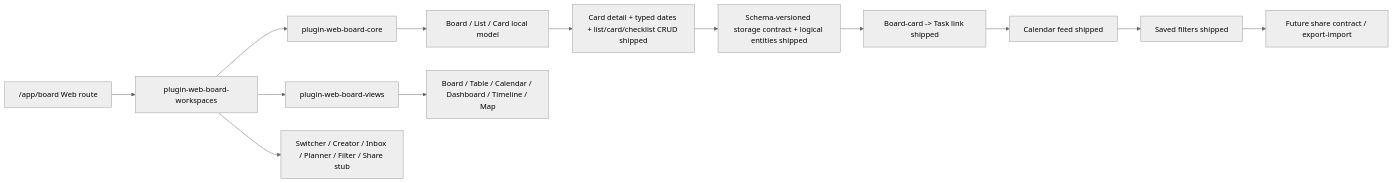
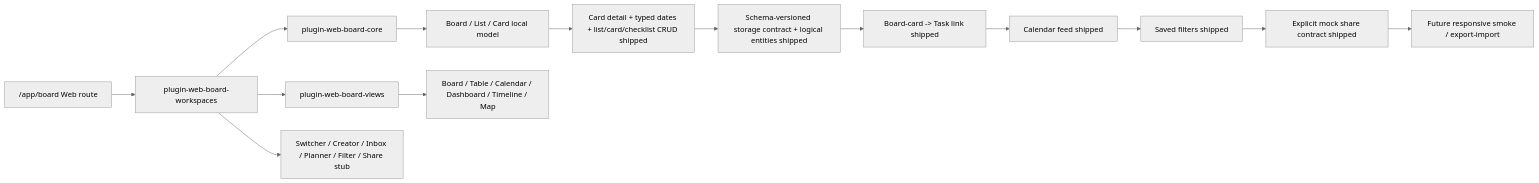
The diagram in docs/workflow/roadmap/xai-web-project-module.md (jinlong17/XAI_Desktop), drawn with Mermaid (neutral theme) before and after one commit. The commit also changed other lines of this file and 4 other files, not shown here.

Commit message:
docs(web-board-share-contract): mark shipped

````diff
--- a/docs/workflow/roadmap/xai-web-project-module.md
+++ b/docs/workflow/roadmap/xai-web-project-module.md
@@ -50,15 +50,16 @@
 ```mermaid
 flowchart LR
   A["/app/board Web route"] --> B["plugin-web-board-workspaces"]
   B --> C["plugin-web-board-core"]
   B --> D["plugin-web-board-views"]
   C --> E["Board / List / Card local model"]
   D --> F["Board / Table / Calendar / Dashboard / Timeline / Map"]
   B --> G["Switcher / Creator / Inbox / Planner / Filter / Share stub"]
   E --> H["Card detail + typed dates + list/card/checklist CRUD shipped"]
   H --> I["Schema-versioned storage contract + logical entities shipped"]
   I --> J["Board-card -> Task link shipped"]
   J --> K["Calendar feed shipped"]
   K --> L["Saved filters shipped"]
-  L --> M["Future share contract / export-import"]
+  L --> M["Explicit mock share contract shipped"]
+  M --> N["Future responsive smoke / export-import"]
 ```
````
